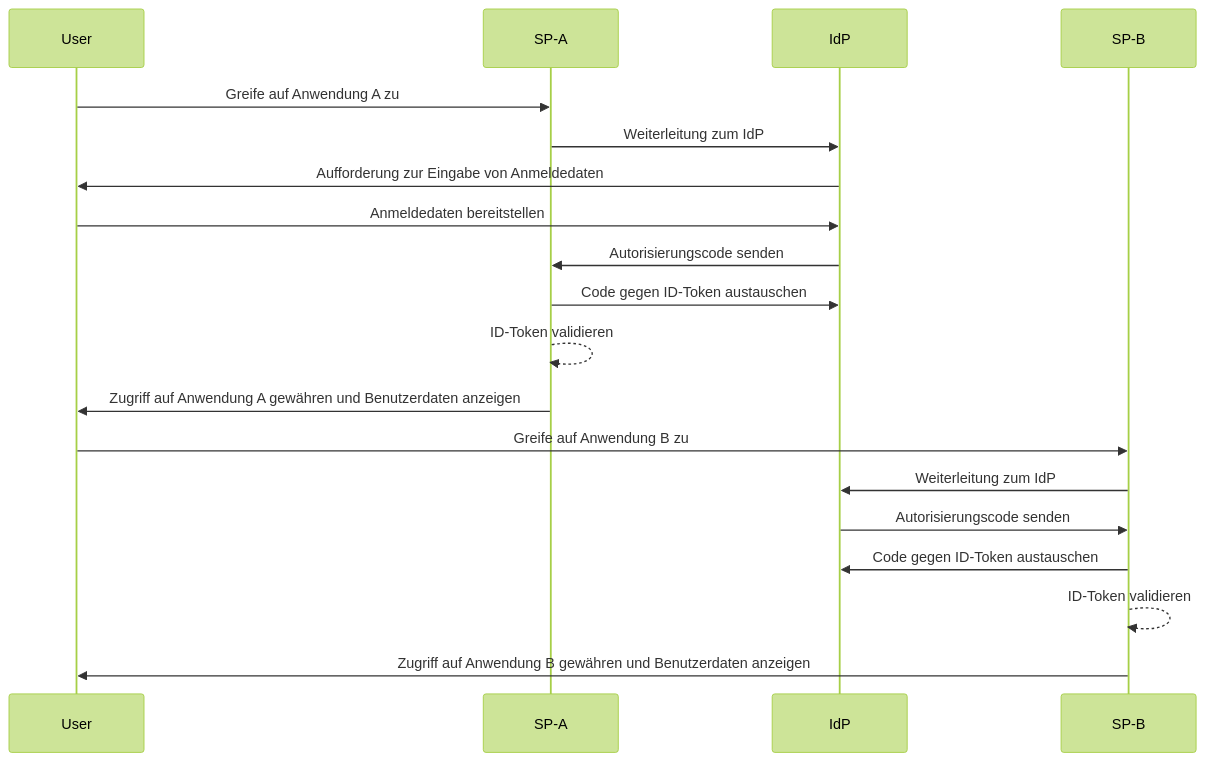
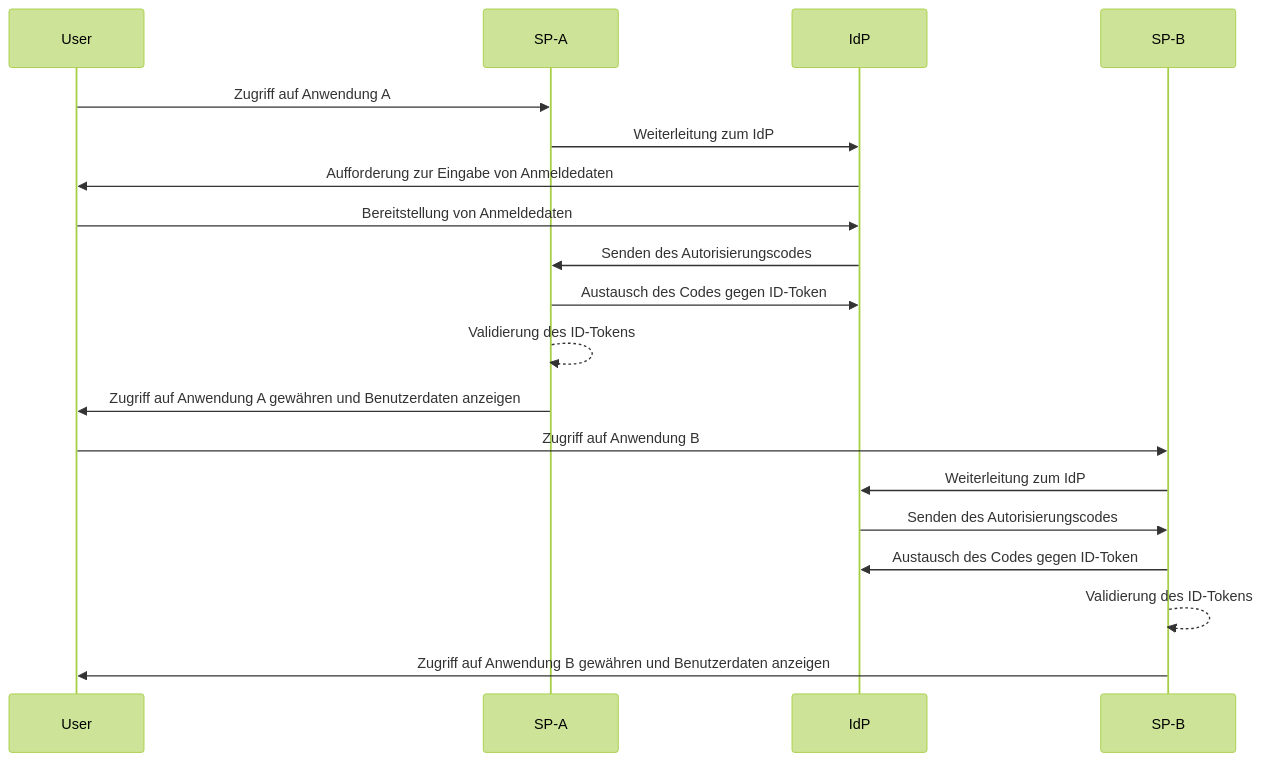
One commit to logto-io/auth-wiki changed the second of 2 diagrams in src/content/terms/de/single-sign-on.mdx. Above: the diagram before and after it, drawn with Mermaid (forest theme). The commit also changed other lines of this file and 8 other files, not shown here.

````diff
--- a/src/content/terms/de/single-sign-on.mdx
+++ b/src/content/terms/de/single-sign-on.mdx
@@ -54,22 +56,22 @@
 ```mermaid
 sequenceDiagram
     participant User
     participant SP-A
     participant IdP
     participant SP-B
 
-    User->>SP-A: Greife auf Anwendung A zu
+    User->>SP-A: Zugriff auf Anwendung A
     SP-A->>IdP: Weiterleitung zum IdP
     IdP->>User: Aufforderung zur Eingabe von Anmeldedaten
-    User->>IdP: Anmeldedaten bereitstellen
-    IdP->>SP-A: Autorisierungscode senden
-    SP-A->>IdP: Code gegen ID-Token austauschen
-    SP-A-->>SP-A: ID-Token validieren
+    User->>IdP: Bereitstellung von Anmeldedaten
+    IdP->>SP-A: Senden des Autorisierungscodes
+    SP-A->>IdP: Austausch des Codes gegen ID-Token
+    SP-A-->>SP-A: Validierung des ID-Tokens
     SP-A->>User: Zugriff auf Anwendung A gewähren und Benutzerdaten anzeigen
-    User->>SP-B: Greife auf Anwendung B zu
+    User->>SP-B: Zugriff auf Anwendung B
     SP-B->>IdP: Weiterleitung zum IdP
-    IdP->>SP-B: Autorisierungscode senden
-    SP-B->>IdP: Code gegen ID-Token austauschen
-    SP-B-->>SP-B: ID-Token validieren
+    IdP->>SP-B: Senden des Autorisierungscodes
+    SP-B->>IdP: Austausch des Codes gegen ID-Token
+    SP-B-->>SP-B: Validierung des ID-Tokens
     SP-B->>User: Zugriff auf Anwendung B gewähren und Benutzerdaten anzeigen
 ```
````
